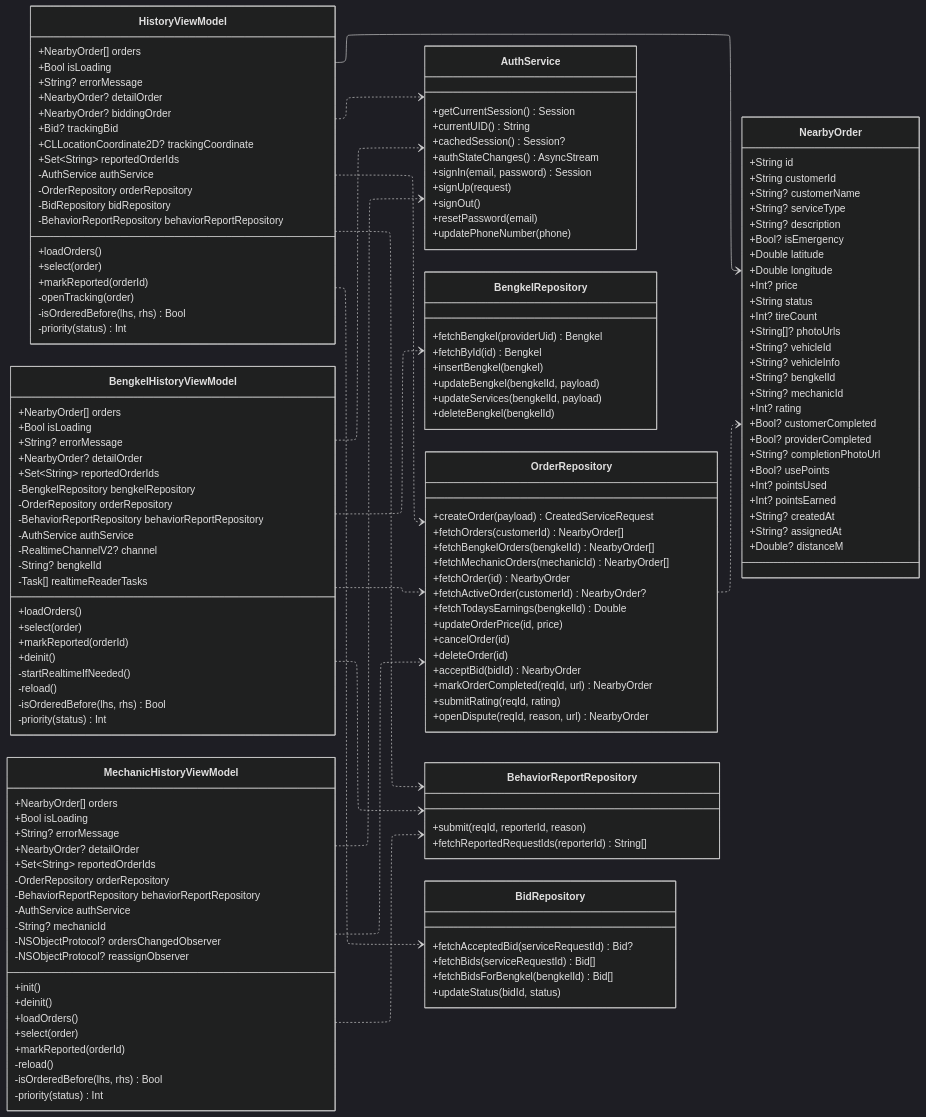
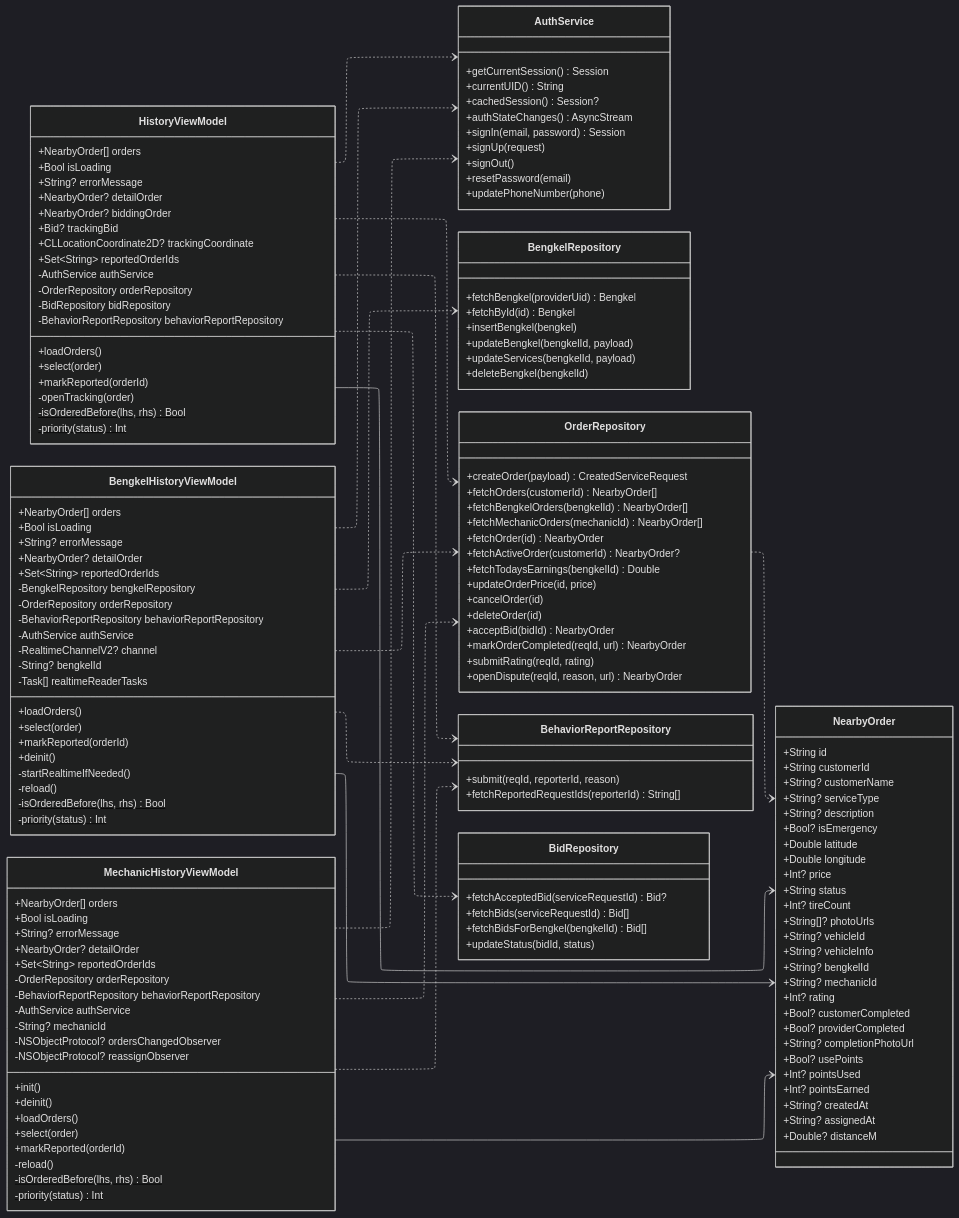
Diagram 11 of 12 in diagram/feature-class-diagrams.md (rei-soemanto/BengkelIn_SE), drawn with Mermaid (dark theme) before and after one commit. The commit also changed other lines of this file, not shown here.

Commit message:
feature-class-diagram update

````diff
--- a/diagram/feature-class-diagrams.md
+++ b/diagram/feature-class-diagrams.md
@@ -1596,8 +1681,8 @@
         +select(order)
         +markReported(orderId)
         -openTracking(order)
-        -isOrderedBefore(lhs, rhs) Bool
-        -priority(status) Int
+        -isOrderedBefore(lhs, rhs) Bool$
+        -priority(status) Int$
     }
     class BengkelHistoryViewModel {
         +NearbyOrder[] orders
@@ -1618,8 +1703,8 @@
         +deinit()
         -startRealtimeIfNeeded()
         -reload()
-        -isOrderedBefore(lhs, rhs) Bool
-        -priority(status) Int
+        -isOrderedBefore(lhs, rhs) Bool$
+        -priority(status) Int$
     }
     class MechanicHistoryViewModel {
         +NearbyOrder[] orders
@@ -1639,8 +1724,8 @@
         +select(order)
         +markReported(orderId)
         -reload()
-        -isOrderedBefore(lhs, rhs) Bool
-        -priority(status) Int
+        -isOrderedBefore(lhs, rhs) Bool$
+        -priority(status) Int$
     }
     class BidRepository {
         +fetchAcceptedBid(serviceRequestId) Bid?
@@ -1658,9 +1743,11 @@
     BengkelHistoryViewModel ..> BengkelRepository
     BengkelHistoryViewModel ..> BehaviorReportRepository
     BengkelHistoryViewModel ..> AuthService
+    BengkelHistoryViewModel --> NearbyOrder
     MechanicHistoryViewModel ..> OrderRepository
     MechanicHistoryViewModel ..> BehaviorReportRepository
     MechanicHistoryViewModel ..> AuthService
+    MechanicHistoryViewModel --> NearbyOrder
     OrderRepository ..> NearbyOrder
 
 ```
````
